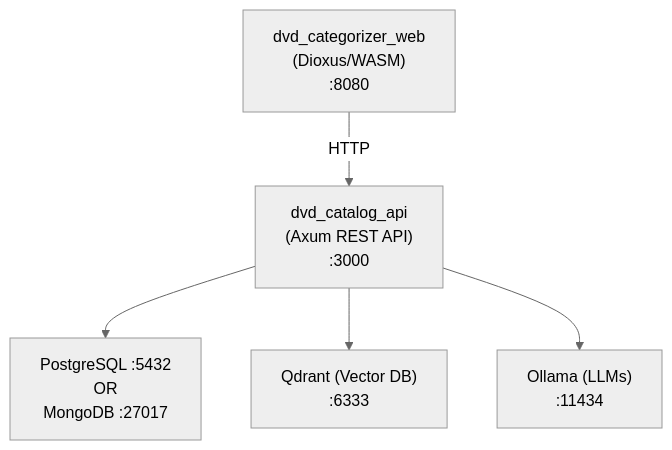
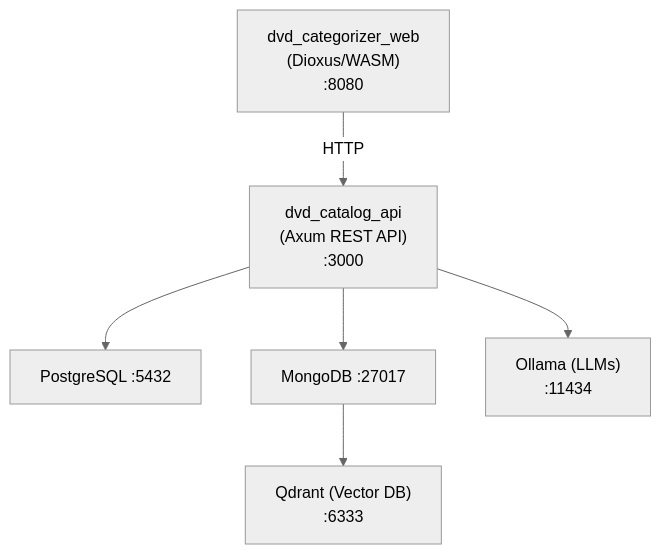
One commit to 1x2kb/dvd_categorize changed the diagram in README.md. Above: the diagram before and after it, drawn with Mermaid (neutral theme). The commit also changed other lines of this file and 9 other files, not shown here.

````diff
--- a/README.md
+++ b/README.md
@@ -23,7 +71,8 @@
 ```mermaid
 flowchart TD
     Web["dvd_categorizer_web<br/>(Dioxus/WASM)<br/>:8080"] -->|HTTP| API["dvd_catalog_api<br/>(Axum REST API)<br/>:3000"]
-    API --> DB["PostgreSQL :5432<br/>OR<br/>MongoDB :27017"]
-    API --> Qdrant["Qdrant (Vector DB)<br/>:6333"]
+    API --> Postgres["PostgreSQL :5432"]
+    API --> MongoDB["MongoDB :27017"]
+    MongoDB --> Qdrant["Qdrant (Vector DB)<br/>:6333"]
     API --> Ollama["Ollama (LLMs)<br/>:11434"]
 ```
````
